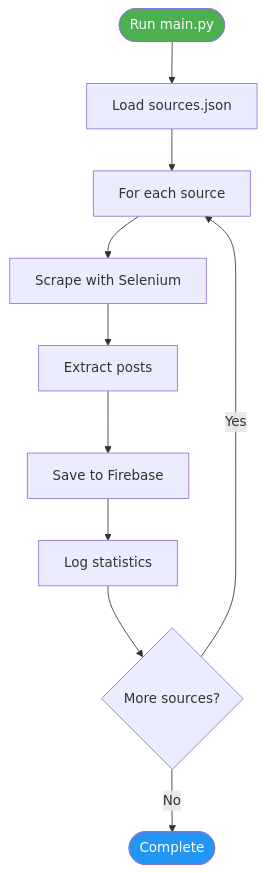
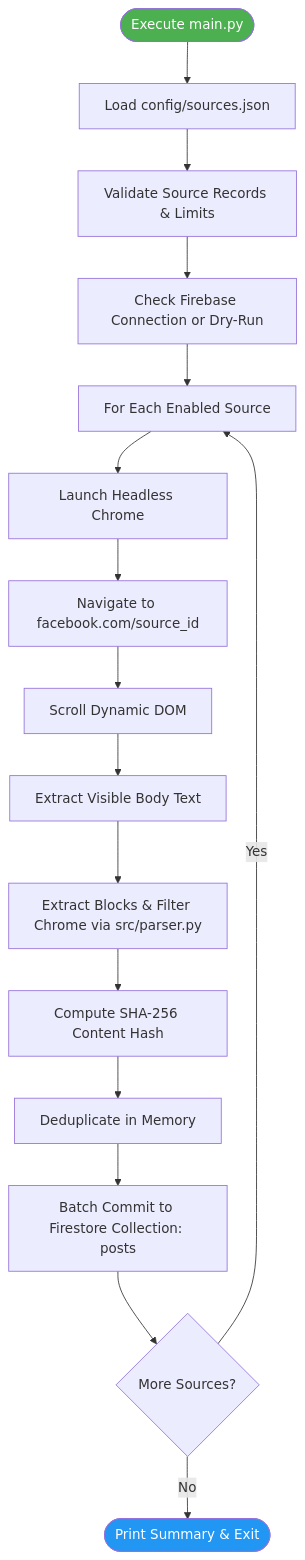
The third of 3 diagrams in QCU Unified Network.md (BrentFordVRemerata/Facebook-Scraper), drawn with Mermaid before and after one commit. The commit also changed other lines of this file and 19 other files, not shown here.

````diff
--- a/QCU Unified Network.md
+++ b/QCU Unified Network.md
@@ -160,17 +120,23 @@
 ```mermaid
 flowchart TD
-    Start([Run main.py]) --> Load[Load sources.json]
-    Load --> Loop["For each source"]
+    Start([Execute main.py]) --> LoadConfig[Load config/sources.json]
+    LoadConfig --> Validate[Validate Source Records & Limits]
+    Validate --> CheckFB[Check Firebase Connection or Dry-Run]
     
-    Loop --> Scrape[Scrape with Selenium]
-    Scrape --> Extract[Extract posts]
-    Extract --> Save[Save to Firebase]
-    Save --> Stats[Log statistics]
+    CheckFB --> LoopSources["For Each Enabled Source"]
+    LoopSources --> LaunchBrowser[Launch Headless Chrome]
+    LaunchBrowser --> Nav[Navigate to facebook.com/source_id]
+    Nav --> Scroll[Scroll Dynamic DOM]
+    Scroll --> ExtractText[Extract Visible Body Text]
+    ExtractText --> ParseBlocks[Extract Blocks & Filter Chrome via src/parser.py]
+    ParseBlocks --> Hash[Compute SHA-256 Content Hash]
+    Hash --> Deduplicate[Deduplicate in Memory]
+    Deduplicate --> Save[Batch Commit to Firestore Collection: posts]
     
-    Stats --> More{More sources?}
-    More -->|Yes| Loop
-    More -->|No| Done([Complete])
+    Save --> Next{More Sources?}
+    Next -->|Yes| LoopSources
+    Next -->|No| Summary([Print Summary & Exit])
     
     style Start fill:#4caf50,color:#fff
-    style Done fill:#2196f3,color:#fff
+    style Summary fill:#2196f3,color:#fff
 ```
````
